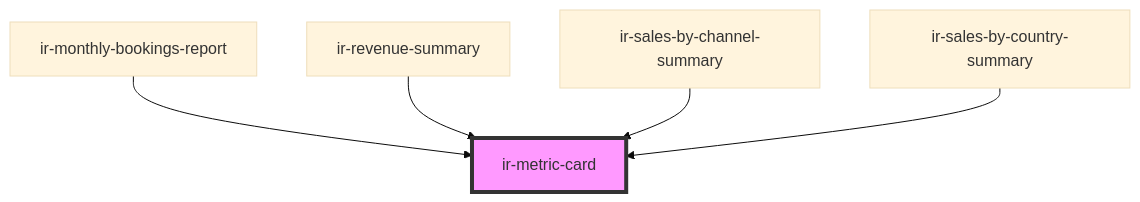
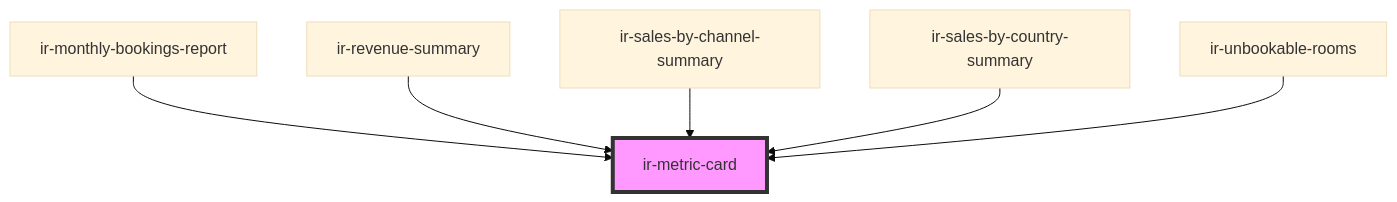
Before and after one commit to RonyRizk/ir-webcmp: the diagram in src/components/ir-metric-card/readme.md, drawn with Mermaid (base theme). The commit also changed other lines of this file and 73 other files, not shown here.

````diff
--- a/src/components/ir-metric-card/readme.md
+++ b/src/components/ir-metric-card/readme.md
@@ -92,8 +93,9 @@
 ```mermaid
 graph TD;
   ir-monthly-bookings-report --> ir-metric-card
   ir-revenue-summary --> ir-metric-card
   ir-sales-by-channel-summary --> ir-metric-card
   ir-sales-by-country-summary --> ir-metric-card
+  ir-unbookable-rooms --> ir-metric-card
   style ir-metric-card fill:#f9f,stroke:#333,stroke-width:4px
 ```
````
